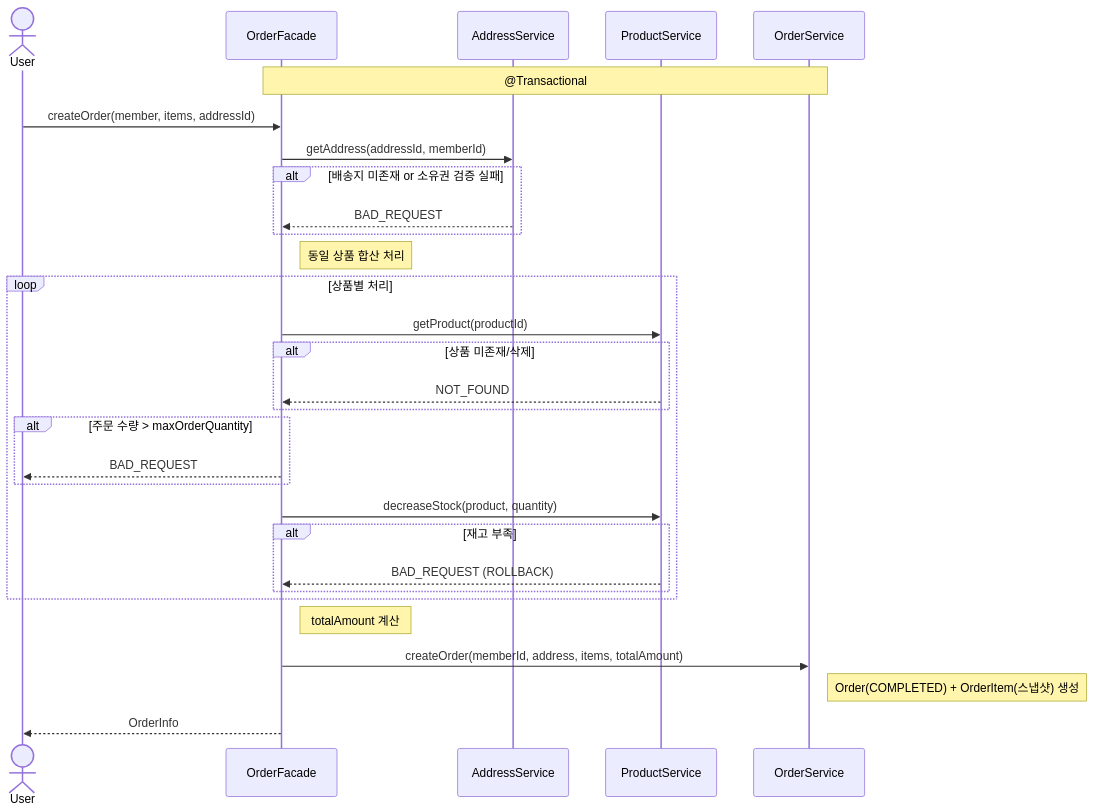
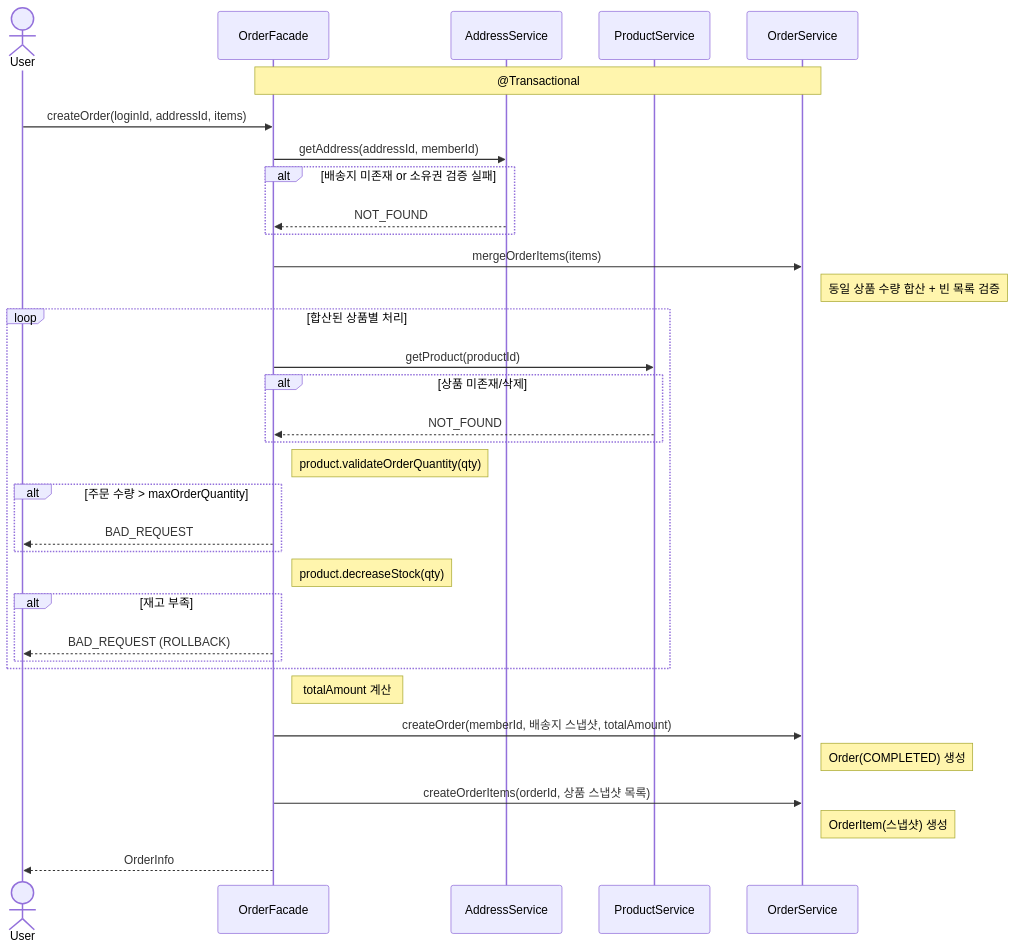
One commit to juoklee/loop-pack-be-l2-vol3-java changed the fifth of 6 diagrams in docs/design/02-sequence-diagrams.md. Above: the diagram before and after it, drawn with Mermaid. The commit also changed other lines of this file and 3 other files, not shown here.

````diff
--- a/docs/design/02-sequence-diagrams.md
+++ b/docs/design/02-sequence-diagrams.md
@@ -158,40 +157,44 @@
 ```mermaid
 sequenceDiagram
     actor User
     participant Facade as OrderFacade
     participant AddressService
     participant ProductService
     participant OrderService
 
     Note over Facade, OrderService: @Transactional
 
-    User->>Facade: createOrder(member, items, addressId)
+    User->>Facade: createOrder(loginId, addressId, items)
 
     Facade->>AddressService: getAddress(addressId, memberId)
     alt 배송지 미존재 or 소유권 검증 실패
-        AddressService-->>Facade: BAD_REQUEST
+        AddressService-->>Facade: NOT_FOUND
     end
 
-    Note right of Facade: 동일 상품 합산 처리
+    Facade->>OrderService: mergeOrderItems(items)
+    Note right of OrderService: 동일 상품 수량 합산 + 빈 목록 검증
 
-    loop 상품별 처리
+    loop 합산된 상품별 처리
         Facade->>ProductService: getProduct(productId)
         alt 상품 미존재/삭제
             ProductService-->>Facade: NOT_FOUND
         end
+        Note right of Facade: product.validateOrderQuantity(qty)
         alt 주문 수량 > maxOrderQuantity
             Facade-->>User: BAD_REQUEST
         end
-        Facade->>ProductService: decreaseStock(product, quantity)
+        Note right of Facade: product.decreaseStock(qty)
         alt 재고 부족
-            ProductService-->>Facade: BAD_REQUEST (ROLLBACK)
+            Facade-->>User: BAD_REQUEST (ROLLBACK)
         end
     end
 
     Note right of Facade: totalAmount 계산
 
-    Facade->>OrderService: createOrder(memberId, address, items, totalAmount)
-    Note right of OrderService: Order(COMPLETED) + OrderItem(스냅샷) 생성
+    Facade->>OrderService: createOrder(memberId, 배송지 스냅샷, totalAmount)
+    Note right of OrderService: Order(COMPLETED) 생성
+    Facade->>OrderService: createOrderItems(orderId, 상품 스냅샷 목록)
+    Note right of OrderService: OrderItem(스냅샷) 생성
 
     Facade-->>User: OrderInfo
 ```
````
